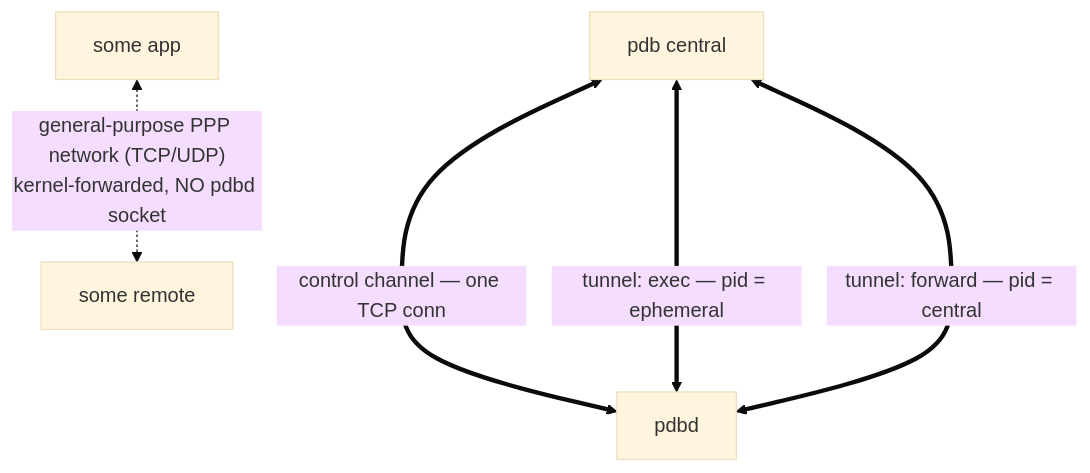
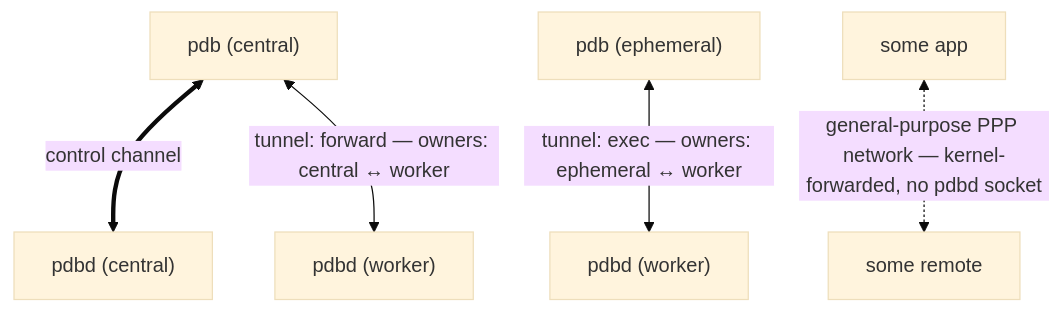
Before and after one commit to sw2m/pdbd: the third of 4 diagrams in README.md, drawn with Mermaid (base theme). The commit also changed other lines of this file, not shown here.

````diff
--- a/README.md
+++ b/README.md
@@ -150,9 +159,12 @@
 ```mermaid
 flowchart TB
-    C["pdb central"]
-    D["pdbd"]
-    C <===>|"control channel — one TCP conn"| D
-    C <===>|"tunnel: exec — pid = ephemeral"| D
-    C <===>|"tunnel: forward — pid = central"| D
-    G["some app"] <-. "general-purpose PPP network (TCP/UDP)<br/>kernel-forwarded, NO pdbd socket" .-> R["some remote"]
+    CC["pdb (central)"]
+    DC["pdbd (central)"]
+    E["pdb (ephemeral)"]
+    W1["pdbd (worker)"]
+    W2["pdbd (worker)"]
+    CC <==>|control channel| DC
+    E <-->|"tunnel: exec — owners: ephemeral ↔ worker"| W1
+    CC <-->|"tunnel: forward — owners: central ↔ worker"| W2
+    G["some app"] <-. "general-purpose PPP network — kernel-forwarded, no pdbd socket" .-> R["some remote"]
 ```
````
